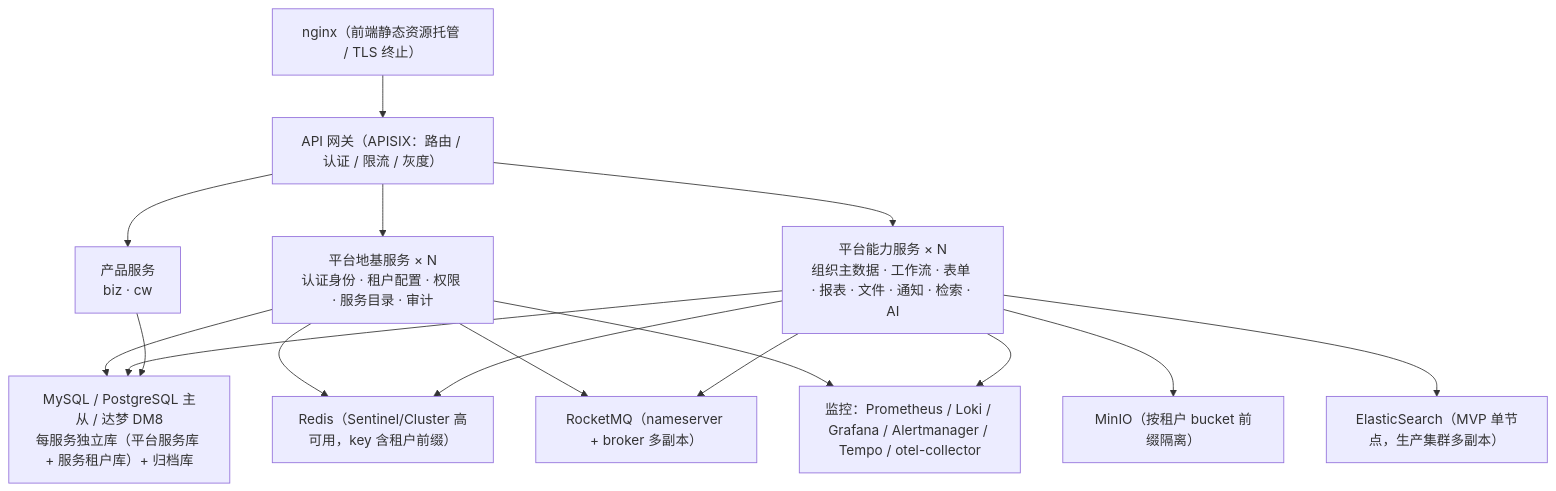
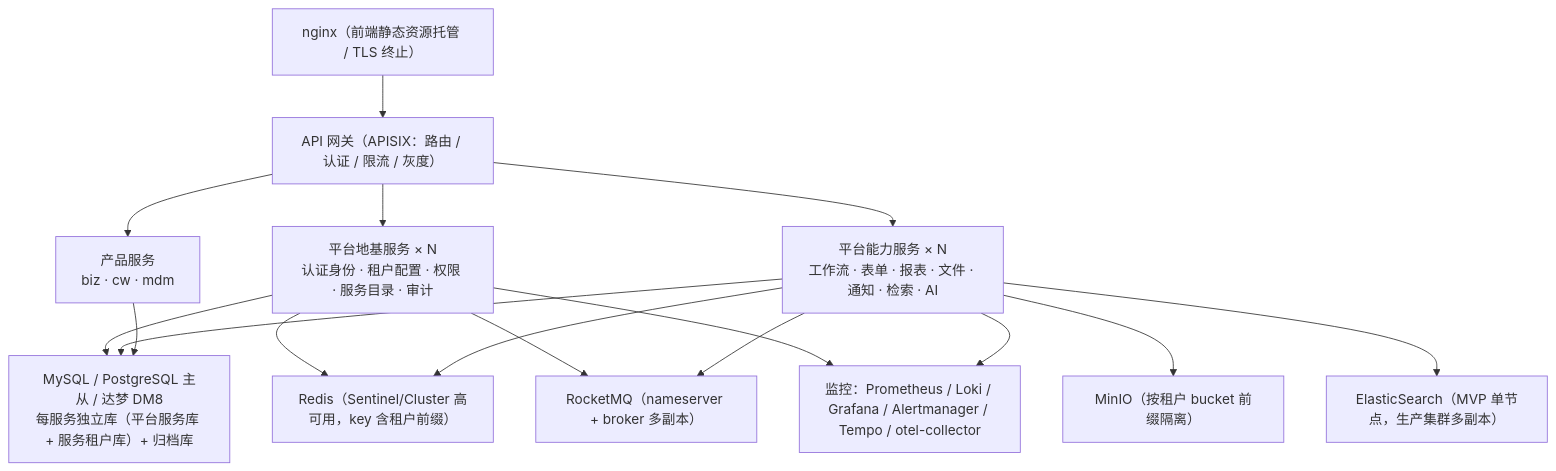
The diagram in bms文档/设计/架构设计/33_架构设计_部署与运维.md (minjian123/basic-management-system), drawn with Mermaid before and after one commit. The commit also changed 9 other files, not shown here.

````diff
--- a/bms文档/设计/架构设计/33_架构设计_部署与运维.md
+++ b/bms文档/设计/架构设计/33_架构设计_部署与运维.md
@@ -13,18 +13,18 @@
 ```mermaid
 graph TD
     N["nginx（前端静态资源托管 / TLS 终止）"] --> GW["API 网关（APISIX：路由 / 认证 / 限流 / 灰度）"]
     GW --> S["平台地基服务 × N<br/>认证身份 · 租户配置 · 权限 · 服务目录 · 审计"]
-    GW --> B["平台能力服务 × N<br/>组织主数据 · 工作流 · 表单 · 报表 · 文件 · 通知 · 检索 · AI"]
-    GW --> P["产品服务<br/>biz · cw"]
+    GW --> B["平台能力服务 × N<br/>工作流 · 表单 · 报表 · 文件 · 通知 · 检索 · AI"]
+    GW --> P["产品服务<br/>biz · cw · mdm"]
     S --> DB["MySQL / PostgreSQL 主从 / 达梦 DM8<br/>每服务独立库（平台服务库 + 服务租户库）+ 归档库"]
     B --> DB
     P --> DB
     S --> R["Redis（Sentinel/Cluster 高可用，key 含租户前缀）"]
     B --> R
     S --> MQ["RocketMQ（nameserver + broker 多副本）"]
     B --> MQ
     B --> MI["MinIO（按租户 bucket 前缀隔离）"]
     B --> ES["ElasticSearch（MVP 单节点，生产集群多副本）"]
     S --> MON["监控：Prometheus / Loki / Grafana / Alertmanager / Tempo / otel-collector"]
     B --> MON
 ```
````
